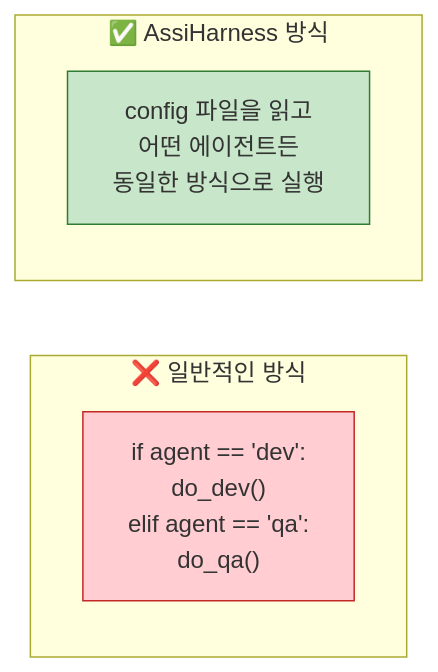
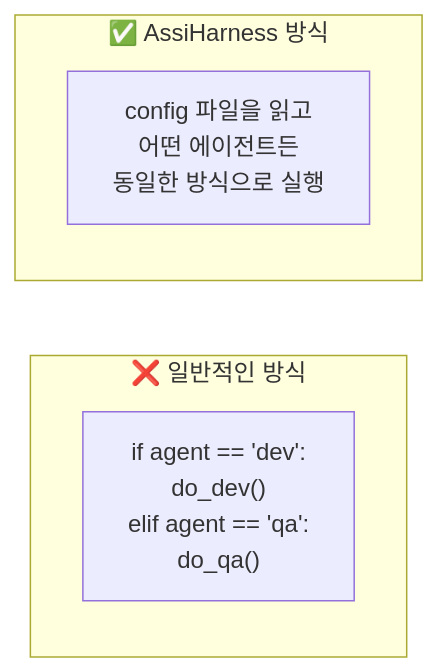
One commit to tykimos/assiharness changed the third of 17 diagrams in README.md. Above: the diagram before and after it, drawn with Mermaid. The commit also changed other lines of this file, not shown here.

First line of the commit message:
fix: remove Mermaid style overrides for light/dark theme compatibility

````diff
--- a/README.md
+++ b/README.md
@@ -101,18 +94,16 @@
 ```mermaid
 graph LR
     subgraph "❌ 일반적인 방식"
         C1["if agent == 'dev':
             do_dev()
         elif agent == 'qa':
             do_qa()"]
     end
 
     subgraph "✅ AssiHarness 방식"
         C2["config 파일을 읽고
         어떤 에이전트든
         동일한 방식으로 실행"]
     end
 
-    style C1 fill:#FFCDD2,stroke:#C62828
-    style C2 fill:#C8E6C9,stroke:#2E7D32
 ```
````
